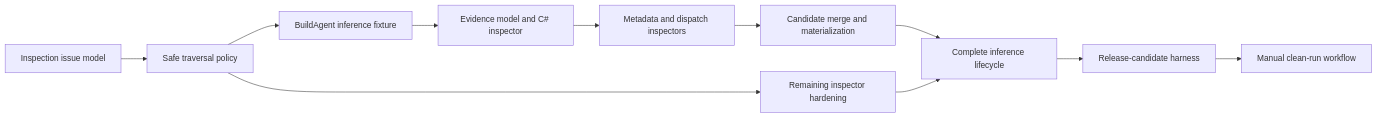
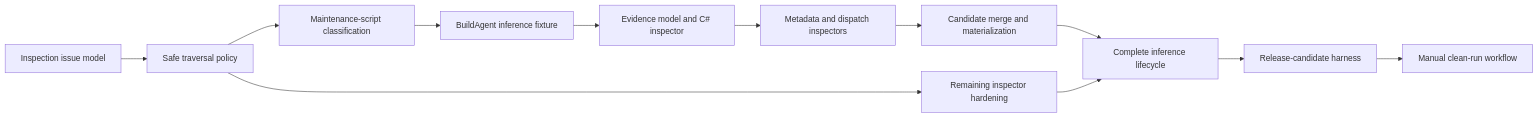
Before and after one commit to The-Running-Dev/SubZeroDev.PSGenerator: the diagram in planning/next-engineering-set-implementation-plan.md, drawn with Mermaid. The commit also changed other lines of this file and 2 other files, not shown here.

First line of the commit message:
Sequence maintenance-script classification ahead of the inference fixture

````diff
--- a/planning/next-engineering-set-implementation-plan.md
+++ b/planning/next-engineering-set-implementation-plan.md
@@ -29,13 +33,14 @@
 ```mermaid
 flowchart LR
     A["Inspection issue model"] --> B["Safe traversal policy"]
-    B --> C["BuildAgent inference fixture"]
+    B --> K["Maintenance-script classification"]
+    K --> C["BuildAgent inference fixture"]
     C --> D["Evidence model and C# inspector"]
     D --> E["Metadata and dispatch inspectors"]
     E --> F["Candidate merge and materialization"]
     B --> G["Remaining inspector hardening"]
     F --> H["Complete inference lifecycle"]
     G --> H
     H --> I["Release-candidate harness"]
     I --> J["Manual clean-run workflow"]
 ```
````
